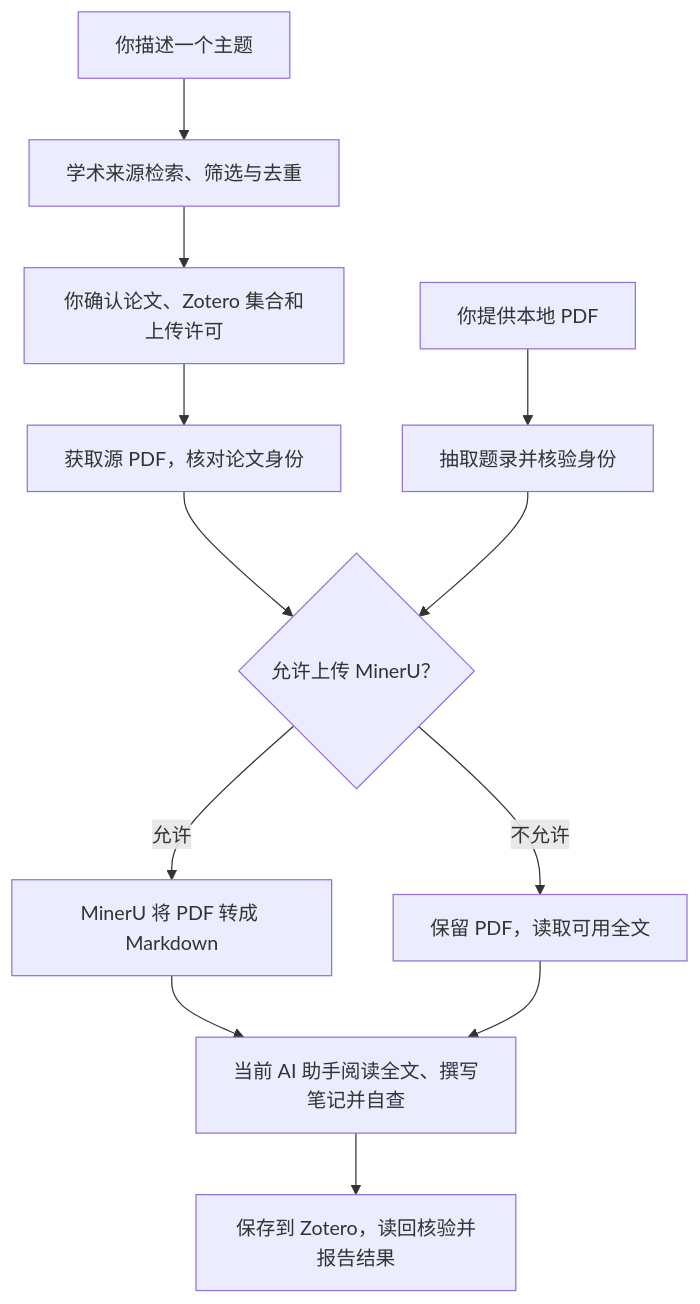
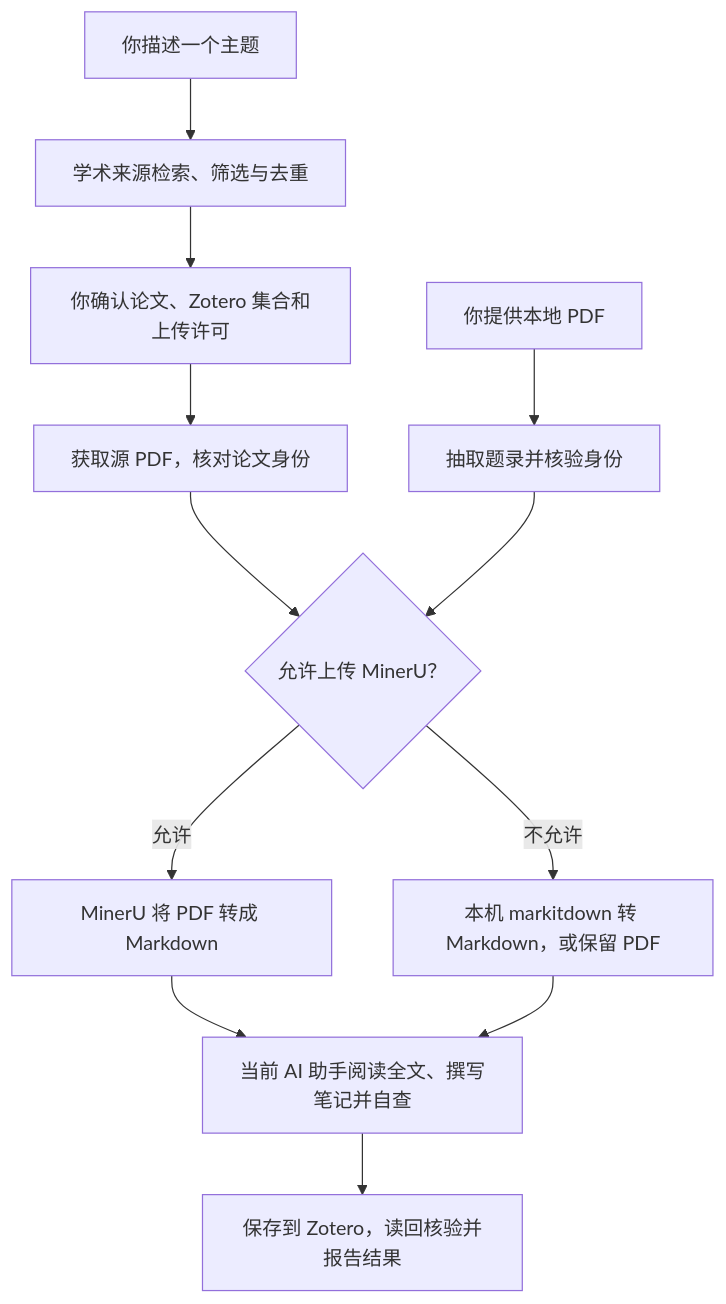
The diagram in README.md (Timisic/paper2zotero-skill), drawn with Mermaid before and after one commit. The commit also changed other lines of this file and 14 other files, not shown here.

Commit message:
docs: describe the three-stage flow, the Kimi fallback and per-paper conversion fall-through

````diff
--- a/README.md
+++ b/README.md
@@ -36,14 +36,14 @@
 ```mermaid
 flowchart TD
     A[你描述一个主题] --> B[学术来源检索、筛选与去重]
     B --> C[你确认论文、Zotero 集合和上传许可]
     C --> D[获取源 PDF，核对论文身份]
     D --> E{允许上传 MinerU？}
     E -->|允许| F[MinerU 将 PDF 转成 Markdown]
-    E -->|不允许| G[保留 PDF，读取可用全文]
+    E -->|不允许| G[本机 markitdown 转 Markdown，或保留 PDF]
     P[你提供本地 PDF] --> Q[抽取题录并核验身份]
     Q --> E
     F --> H[当前 AI 助手阅读全文、撰写笔记并自查]
     G --> H
     H --> I[保存到 Zotero，读回核验并报告结果]
 ```
````
